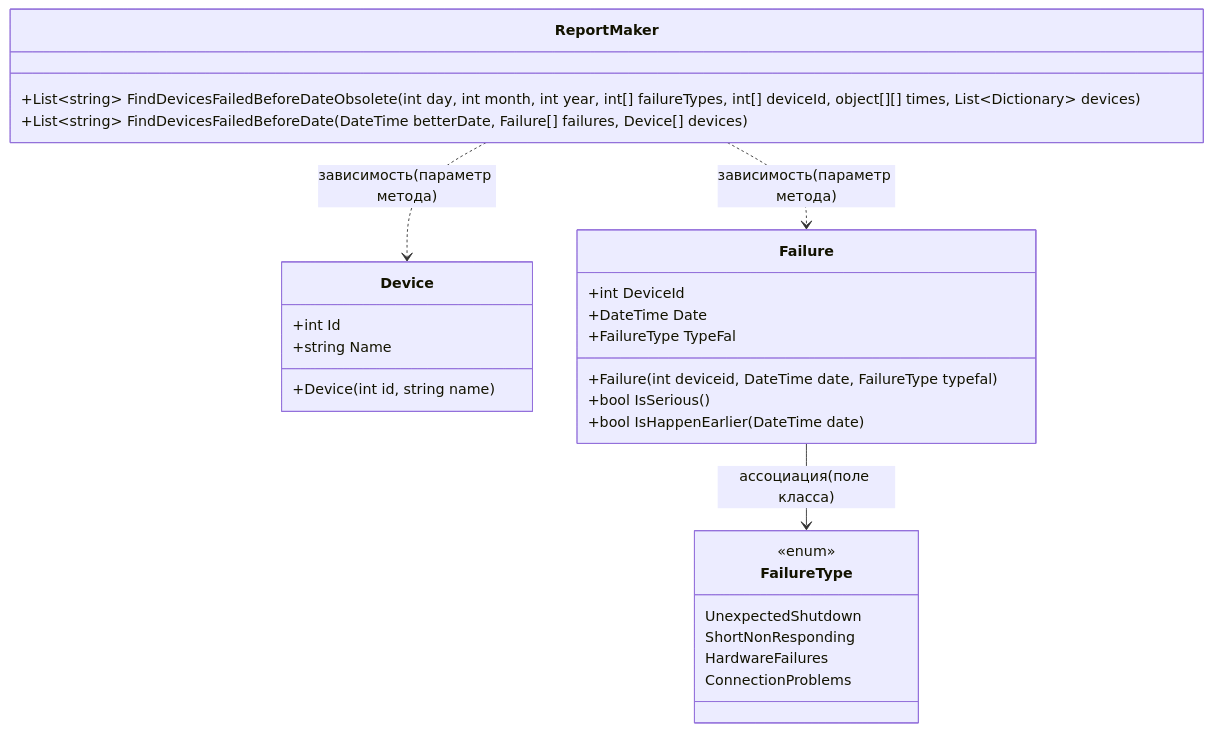
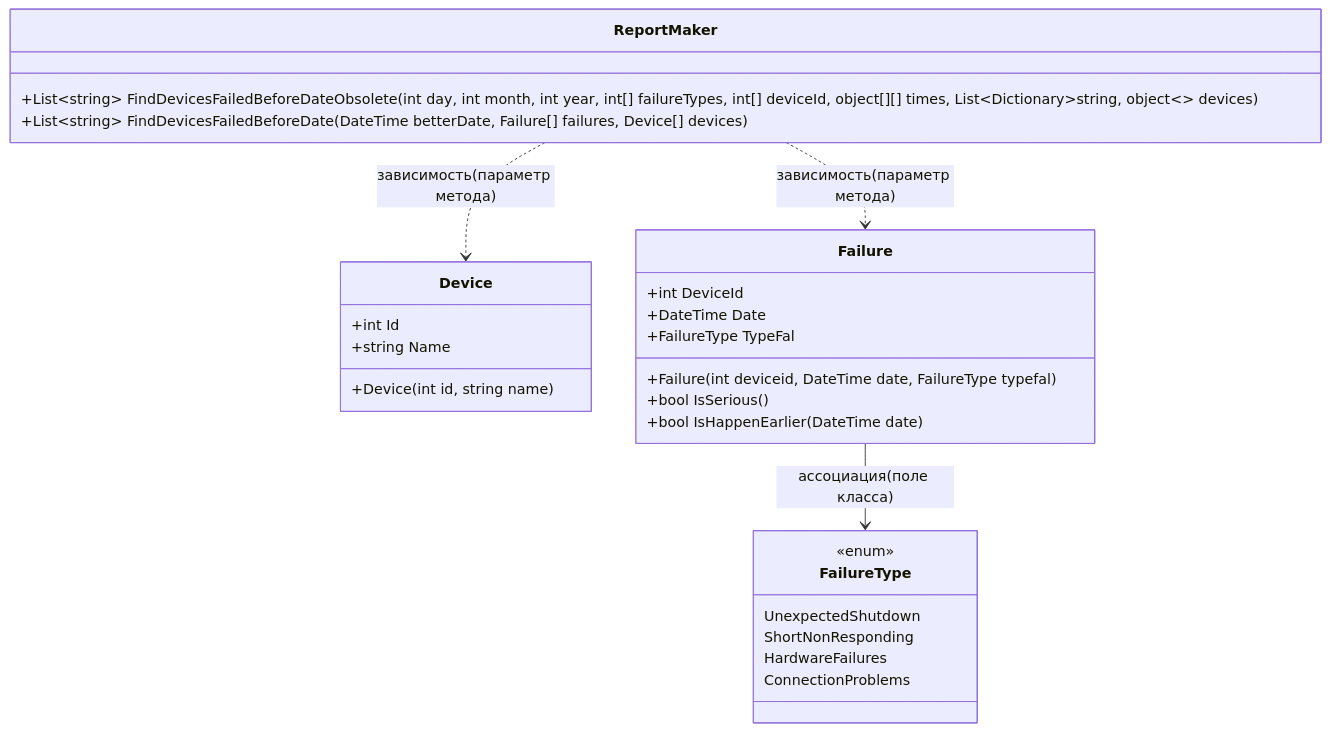
Before and after one commit to silentlight1/practice_csharp_ulearn: the diagram in sboi.md, drawn with Mermaid.

Commit message:
Расписал коллекции корректнее, как в коде

````diff
--- a/sboi.md
+++ b/sboi.md
@@ -10,40 +10,40 @@
 ```mermaid
 classDiagram
     direction TB
     
     class ReportMaker {
-        +List~string~ FindDevicesFailedBeforeDateObsolete(int day, int month, int year, int[] failureTypes, int[] deviceId, object[][] times, List~Dictionary~ devices)
+        +List~string~ FindDevicesFailedBeforeDateObsolete(int day, int month, int year, int[] failureTypes, int[] deviceId, object[][] times, List~Dictionary~string, object~~ devices)
 
         +List~string~ FindDevicesFailedBeforeDate(DateTime betterDate, Failure[] failures, Device[] devices)
     }
 
     class Device {
         +int Id
         +string Name
         +Device(int id, string name)
     }
 
      class FailureType {
         <<enum>>
         UnexpectedShutdown
         ShortNonResponding
         HardwareFailures
         ConnectionProblems
     }
     
     class Failure {
         +int DeviceId
         +DateTime Date
         +FailureType TypeFal
         +Failure(int deviceid, DateTime date, FailureType typefal)
         +bool IsSerious()
         +bool IsHappenEarlier(DateTime date)
     }  
 
     Failure --> FailureType : ассоциация(поле класса)
     
     ReportMaker ..> Failure : зависимость(параметр метода)
     
     ReportMaker ..> Device : зависимость(параметр метода)
     
 ```
````
